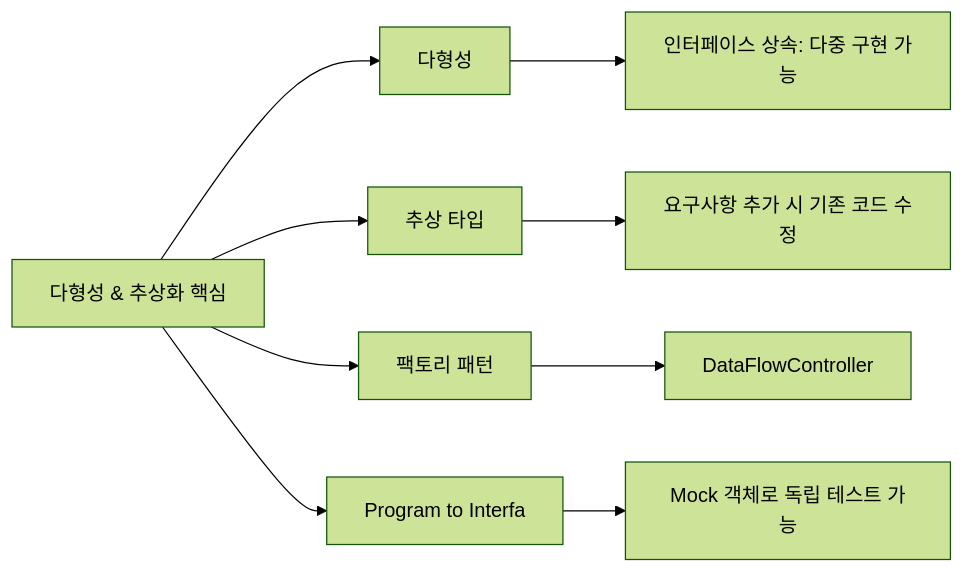
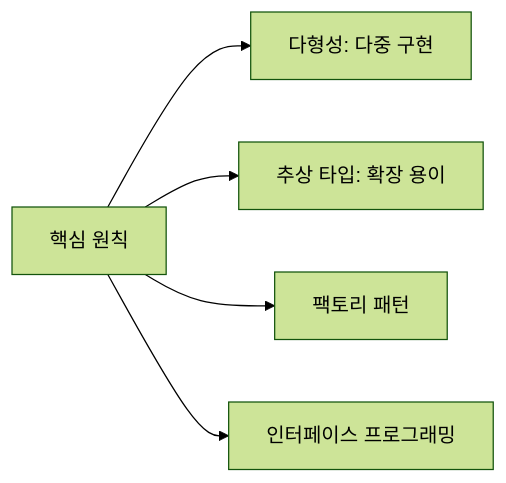
Before and after one commit to yjkim2015/yjkim2015.github.io: the sixth of 6 diagrams in _posts/java/2021-11-14-java-objects2.md, drawn with Mermaid (forest theme). The commit also changed 163 other files, not shown here.

First line of the commit message:
Mermaid 300개 블록 내용 축소: 5노드 5엣지 이하, 의미 있는 약어

````diff
--- a/_posts/java/2021-11-14-java-objects2.md
+++ b/_posts/java/2021-11-14-java-objects2.md
@@ -271,11 +271,7 @@
 ```mermaid
 graph LR
-    A["다형성 & 추상화 핵심"] --> B["다형성"]
-    A --> C["추상 타입"]
+    A["핵심 원칙"] --> B["다형성: 다중 구현"]
+    A --> C["추상 타입: 확장 용이"]
     A --> D["팩토리 패턴"]
-    A --> E["Program to Interfa"]
-    B --> B1["인터페이스 상속: 다중 구현 가능"]
-    C --> C1["요구사항 추가 시 기존 코드 수정"]
-    D --> D1["DataFlowController"]
-    E --> E1["Mock 객체로 독립 테스트 가능"]
+    A --> E["인터페이스 프로그래밍"]
 ```
````
